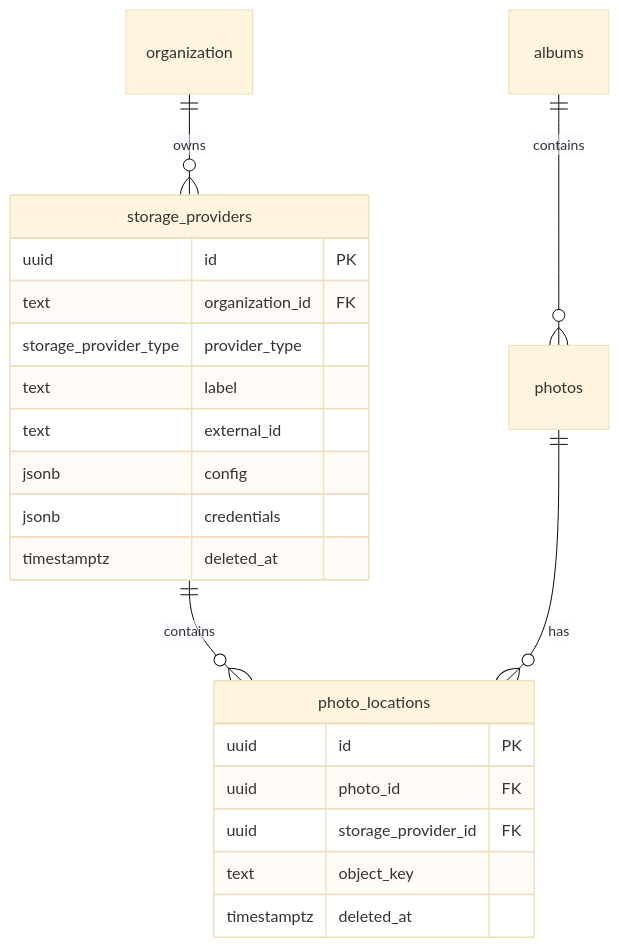
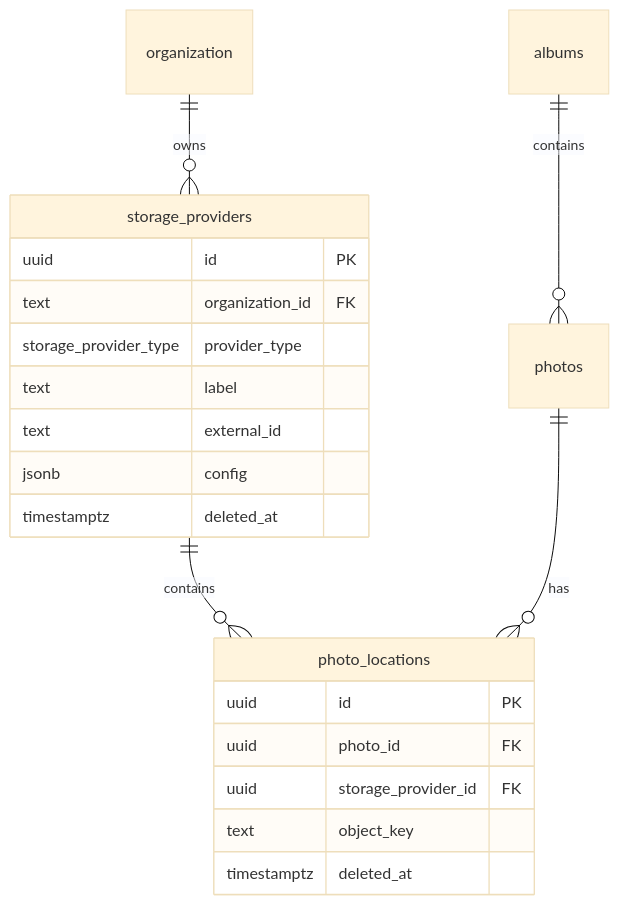
Before and after one commit to pchilton/lofipix: the diagram in docs/PHOTO_LOCATIONS.md, drawn with Mermaid (base theme). The commit also changed other lines of this file and 1 other file, not shown here.

````diff
--- a/docs/PHOTO_LOCATIONS.md
+++ b/docs/PHOTO_LOCATIONS.md
@@ -25,26 +25,25 @@
 ```mermaid
 erDiagram
     organization ||--o{ storage_providers : owns
     storage_providers ||--o{ photo_locations : contains
     albums ||--o{ photos : contains
     photos ||--o{ photo_locations : has
 
     storage_providers {
         uuid id PK
         text organization_id FK
         storage_provider_type provider_type
         text label
         text external_id
         jsonb config
-        jsonb credentials
         timestamptz deleted_at
     }
 
     photo_locations {
         uuid id PK
         uuid photo_id FK
         uuid storage_provider_id FK
         text object_key
         timestamptz deleted_at
     }
 ```
````
